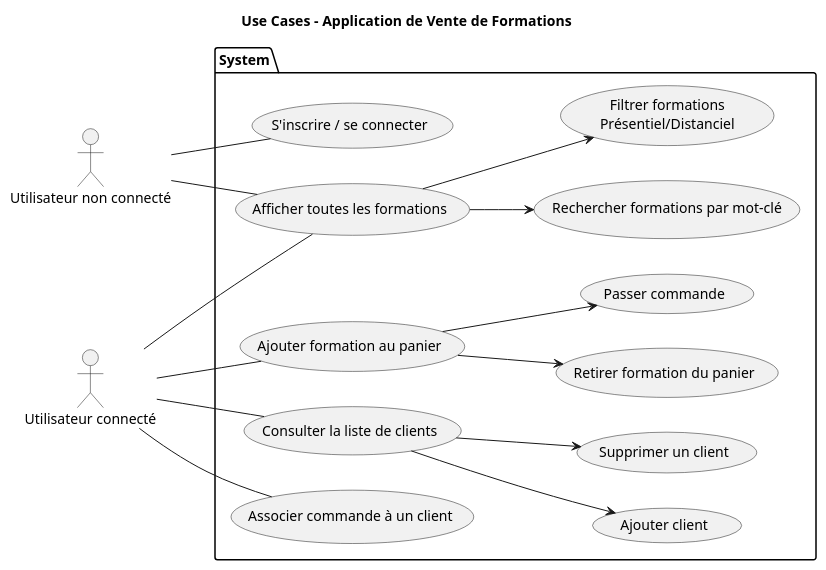
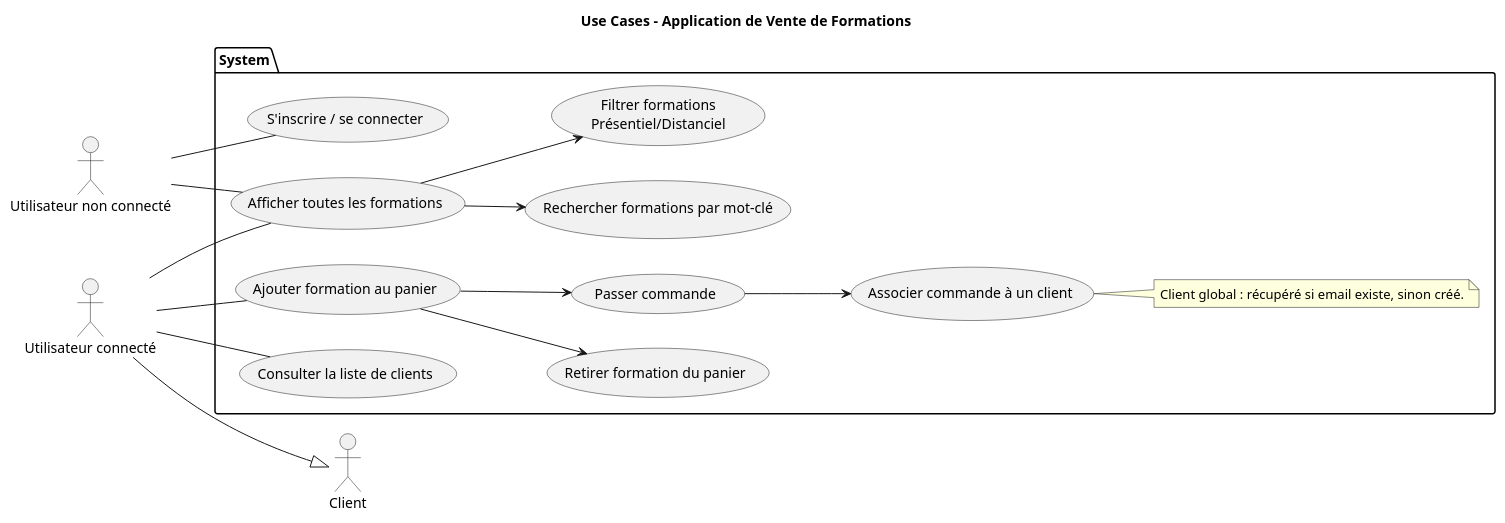
One commit to rdpt03/FMS-JAVA-Eval-FormationsManager changed the diagram in docs/useCases.puml. Above: the diagram before and after it, drawn with PlantUML.

Commit message:
Add Actor client and remove useless use useCases Add client as an Actor Add user inheritance to client Remove UC10 and UC11 Add note on UC8 Change How UC8 is used

```diff
--- a/docs/useCases.puml
+++ b/docs/useCases.puml
@@ -1,44 +1,48 @@
 @startuml
 title Use Cases - Application de Vente de Formations
 left to right direction
 ' Actors
 actor "Utilisateur non connecté" as Guest
 actor "Utilisateur connecté" as User
+actor "Client" as Client
 
 package System{
     ' use cases
     usecase "S'inscrire / se connecter" as UC4
 
     usecase "Afficher toutes les formations" as UC1
     usecase "Rechercher formations par mot-clé" as UC2
     usecase "Filtrer formations\nPrésentiel/Distanciel" as UC3
 
     usecase "Ajouter formation au panier" as UC5
     usecase "Retirer formation du panier" as UC6
     usecase "Passer commande" as UC7
 
     usecase "Consulter la liste de clients" as UC9
-    usecase "Ajouter client" as UC10
-    usecase "Supprimer un client" as UC11
-
     usecase "Associer commande à un client" as UC8
 
     ' Guest to cases
     Guest -- UC1
     UC1 --> UC2
     UC1 --> UC3
     Guest -- UC4
 
     ' users to cases
     User -- UC1
     User -- UC5
-    User -- UC8
     User -- UC9
 
     ' cases to cases
     UC5 --> UC6
     UC5 --> UC7
-    UC9 --> UC11
-    UC9 --> UC10
+    UC7 --> UC8
+
+    ' heritage
+    User --|> Client
+
+    ' Client note
+    note right of UC8
+      Client global : récupéré si email existe, sinon créé.
+    end note
 }
 @enduml
```
